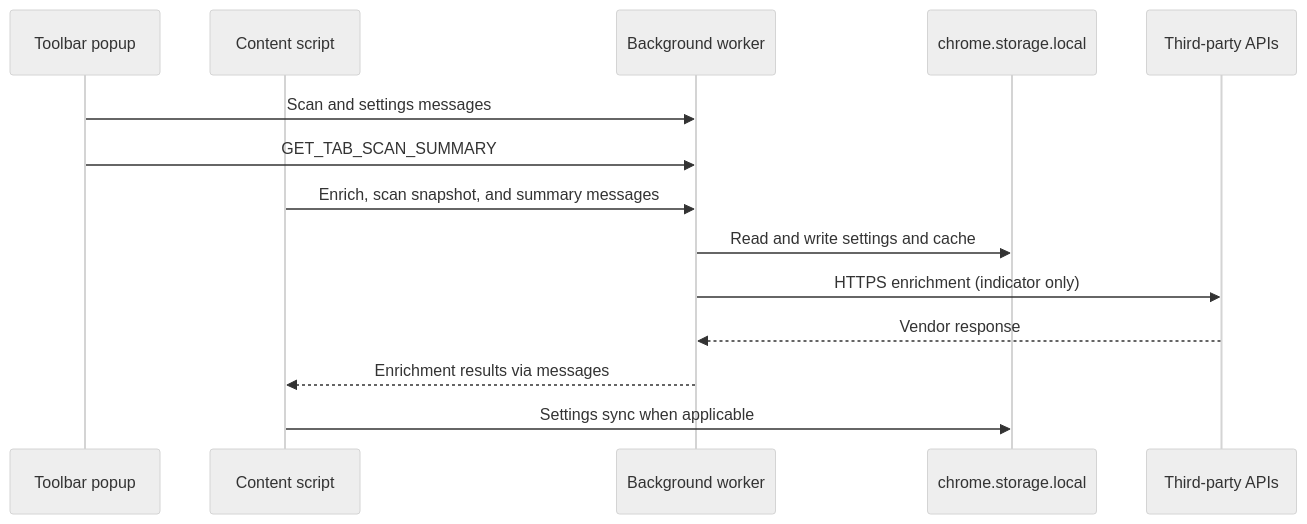
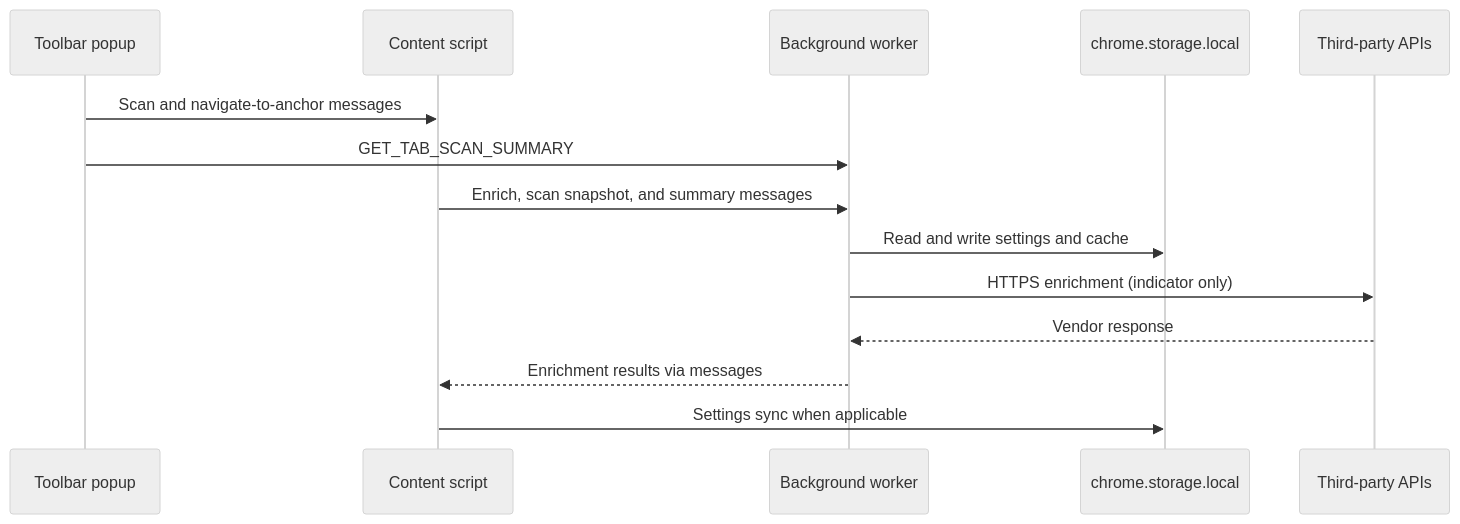
The diagram in docs/contributors/extension-architecture.md (0xCBradford/Vera5), drawn with Mermaid (neutral theme) before and after one commit. The commit also changed other lines of this file and 49 other files, not shown here.

````diff
--- a/docs/contributors/extension-architecture.md
+++ b/docs/contributors/extension-architecture.md
@@ -32,17 +32,17 @@
 ```mermaid
 sequenceDiagram
   participant Popup as Toolbar popup
   participant Content as Content script
   participant SW as Background worker
   participant Store as chrome.storage.local
   participant Vendor as Third-party APIs
 
-  Popup->>SW: Scan and settings messages
+  Popup->>Content: Scan and navigate-to-anchor messages
   Popup->>SW: GET_TAB_SCAN_SUMMARY
   Content->>SW: Enrich, scan snapshot, and summary messages
   SW->>Store: Read and write settings and cache
   SW->>Vendor: HTTPS enrichment (indicator only)
   Vendor-->>SW: Vendor response
   SW-->>Content: Enrichment results via messages
   Content->>Store: Settings sync when applicable
 ```
````
